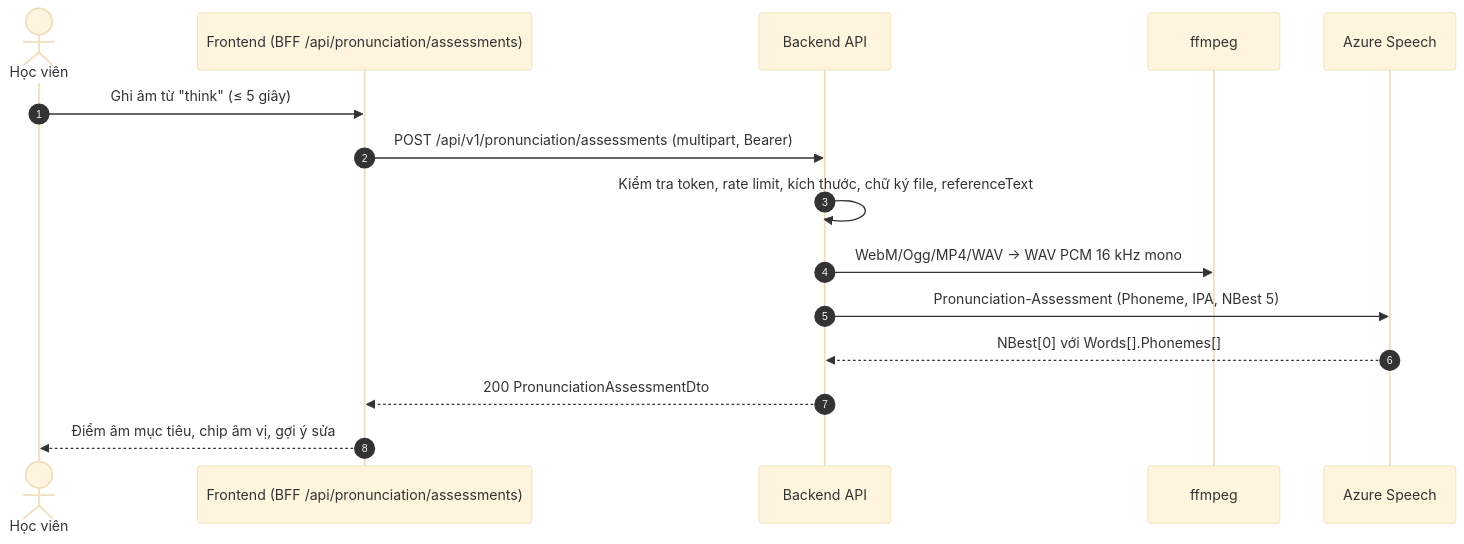
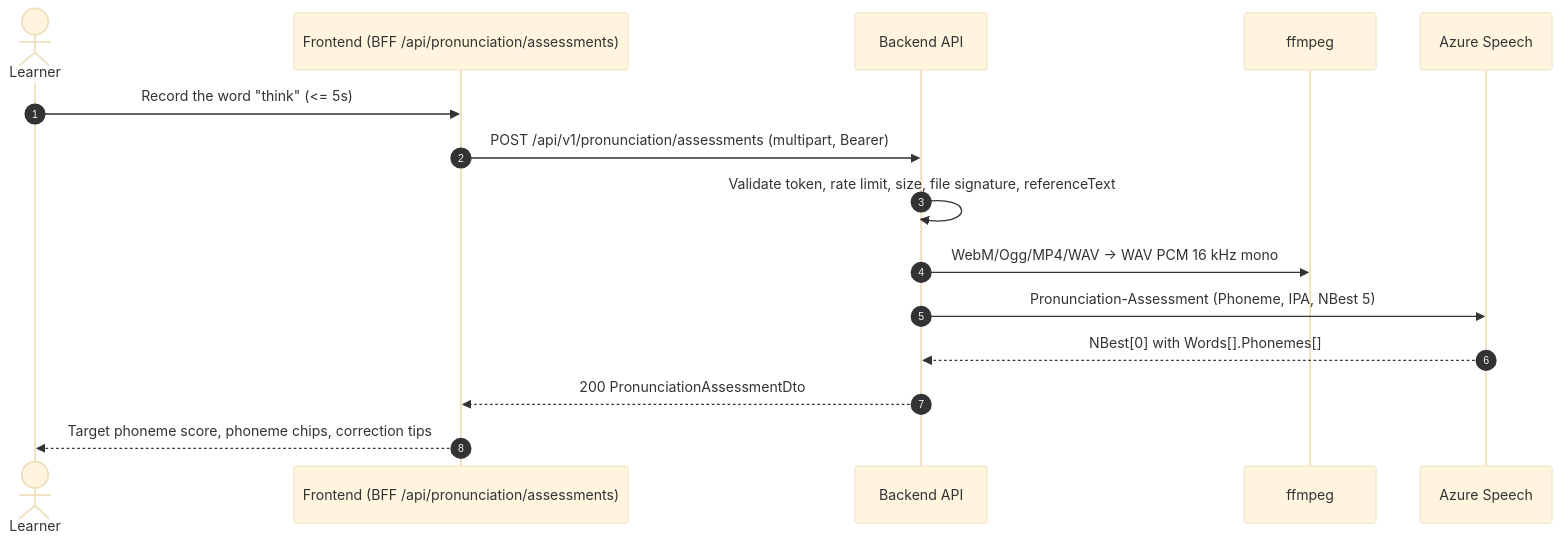
One commit to karasuma-2401/TOEICMaster-BE changed the diagram in docs/features/pronunciation/spec.md. Above: the diagram before and after it, drawn with Mermaid (base theme). The commit also changed other lines of this file and 168 other files, not shown here.

````diff
--- a/docs/features/pronunciation/spec.md
+++ b/docs/features/pronunciation/spec.md
@@ -51,18 +51,18 @@
 ```mermaid
 sequenceDiagram
     autonumber
-    actor User as Học viên
+    actor User as Learner
     participant FE as Frontend (BFF /api/pronunciation/assessments)
     participant API as Backend API
     participant FF as ffmpeg
     participant AZ as Azure Speech
 
-    User->>FE: Ghi âm từ "think" (≤ 5 giây)
+    User->>FE: Record the word "think" (<= 5s)
     FE->>API: POST /api/v1/pronunciation/assessments (multipart, Bearer)
-    API->>API: Kiểm tra token, rate limit, kích thước, chữ ký file, referenceText
-    API->>FF: WebM/Ogg/MP4/WAV → WAV PCM 16 kHz mono
+    API->>API: Validate token, rate limit, size, file signature, referenceText
+    API->>FF: WebM/Ogg/MP4/WAV -> WAV PCM 16 kHz mono
     API->>AZ: Pronunciation-Assessment (Phoneme, IPA, NBest 5)
-    AZ-->>API: NBest[0] với Words[].Phonemes[]
+    AZ-->>API: NBest[0] with Words[].Phonemes[]
     API-->>FE: 200 PronunciationAssessmentDto
-    FE-->>User: Điểm âm mục tiêu, chip âm vị, gợi ý sửa
+    FE-->>User: Target phoneme score, phoneme chips, correction tips
 ```
````
